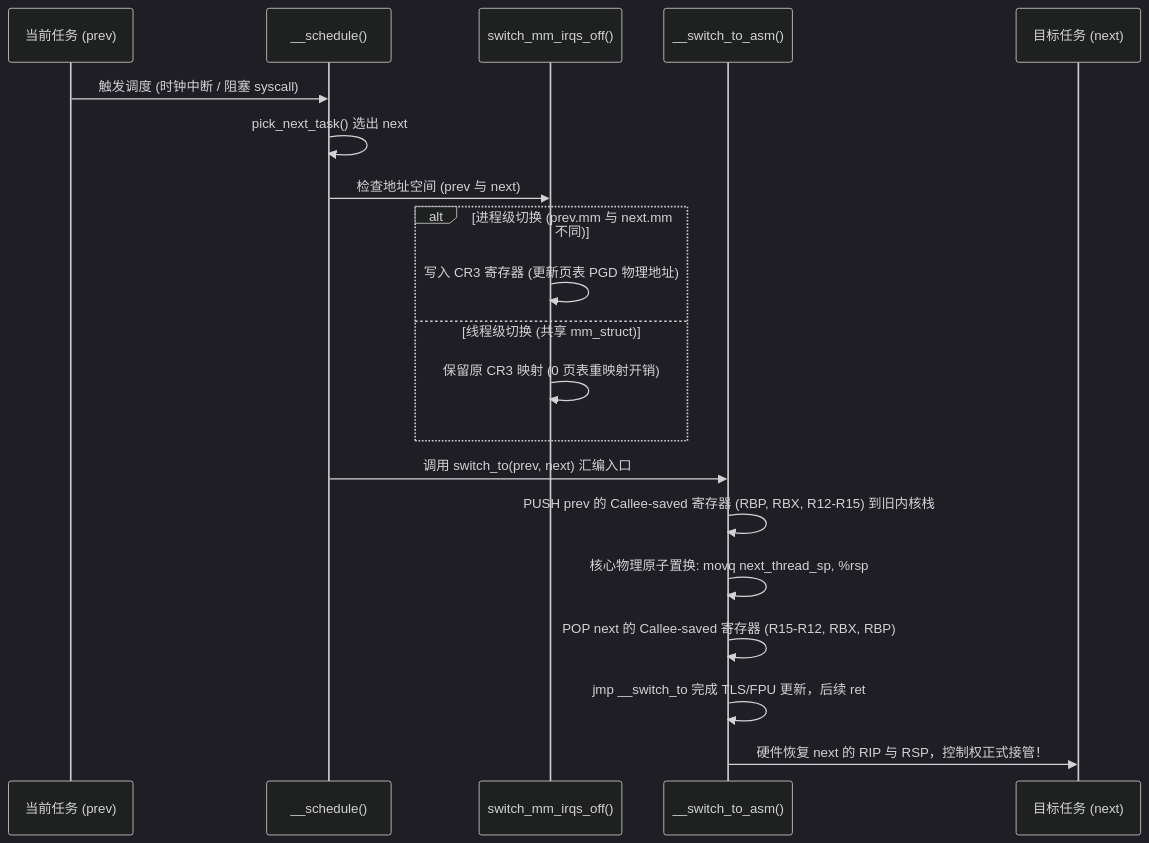
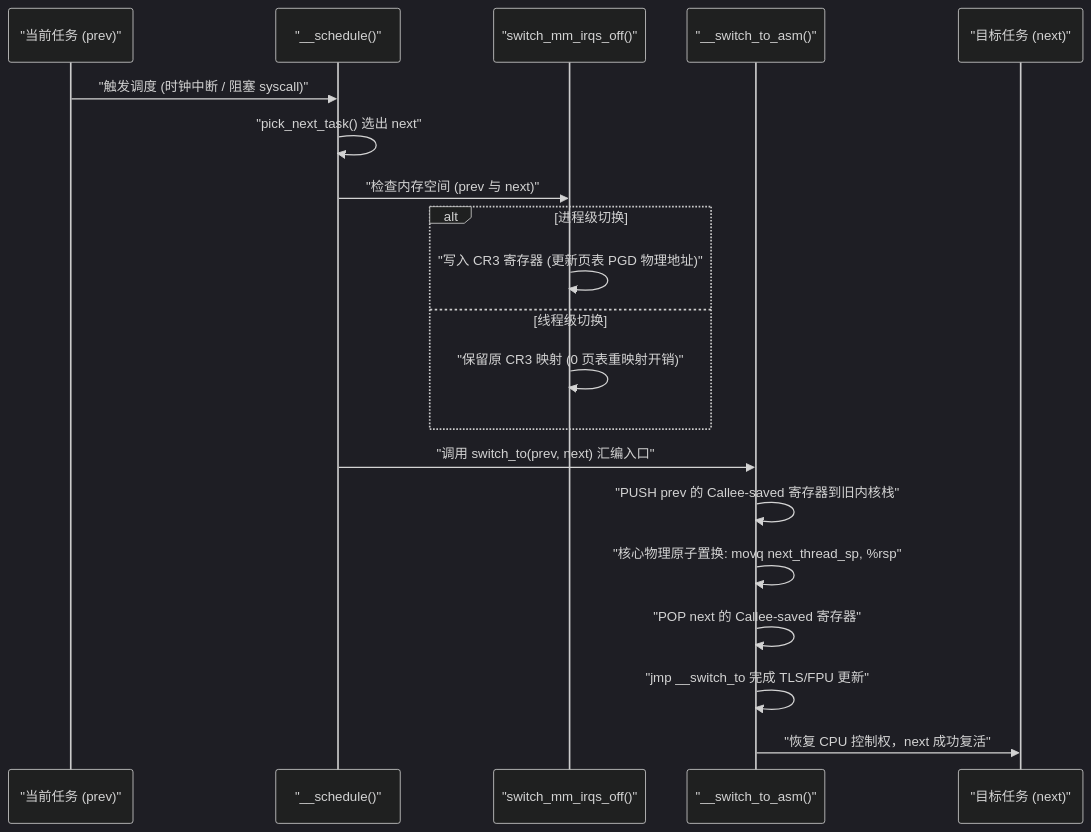
One commit to MoreConsequence/MoreConsequence.github.io changed the third of 8 diagrams in content/posts/understanding-context-switching-from-cpu-to-goroutines.md. Above: the diagram before and after it, drawn with Mermaid (dark theme).

Commit message:
fix(blog): 给 sequenceDiagram 消息文本添加双引号保护，消除末尾感叹号引发的 Mermaid 语法解析报错

````diff
--- a/content/posts/understanding-context-switching-from-cpu-to-goroutines.md
+++ b/content/posts/understanding-context-switching-from-cpu-to-goroutines.md
@@ -109,23 +109,23 @@
 ```mermaid
 sequenceDiagram
-    participant Prev as 当前任务 (prev)
-    participant Sched as __schedule()
-    participant MM as switch_mm_irqs_off()
-    participant ASM as __switch_to_asm()
-    participant Next as 目标任务 (next)
+    participant Prev as "当前任务 (prev)"
+    participant Sched as "__schedule()"
+    participant MM as "switch_mm_irqs_off()"
+    participant ASM as "__switch_to_asm()"
+    participant Next as "目标任务 (next)"
 
-    Prev->>Sched: 触发调度 (时钟中断 / 阻塞 syscall)
-    Sched->>Sched: pick_next_task() 选出 next
-    Sched->>MM: 检查地址空间 (prev 与 next)
-    alt 进程级切换 (prev.mm 与 next.mm 不同)
-        MM->>MM: 写入 CR3 寄存器 (更新页表 PGD 物理地址)
-    else 线程级切换 (共享 mm_struct)
-        MM->>MM: 保留原 CR3 映射 (0 页表重映射开销)
+    Prev->>Sched: "触发调度 (时钟中断 / 阻塞 syscall)"
+    Sched->>Sched: "pick_next_task() 选出 next"
+    Sched->>MM: "检查内存空间 (prev 与 next)"
+    alt 进程级切换
+        MM->>MM: "写入 CR3 寄存器 (更新页表 PGD 物理地址)"
+    else 线程级切换
+        MM->>MM: "保留原 CR3 映射 (0 页表重映射开销)"
     end
-    Sched->>ASM: 调用 switch_to(prev, next) 汇编入口
-    ASM->>ASM: PUSH prev 的 Callee-saved 寄存器 (RBP, RBX, R12-R15) 到旧内核栈
-    ASM->>ASM: 核心物理原子置换: movq next_thread_sp, %rsp
-    ASM->>ASM: POP next 的 Callee-saved 寄存器 (R15-R12, RBX, RBP)
-    ASM->>ASM: jmp __switch_to 完成 TLS/FPU 更新，后续 ret
-    ASM->>Next: 硬件恢复 next 的 RIP 与 RSP，控制权正式接管！
+    Sched->>ASM: "调用 switch_to(prev, next) 汇编入口"
+    ASM->>ASM: "PUSH prev 的 Callee-saved 寄存器到旧内核栈"
+    ASM->>ASM: "核心物理原子置换: movq next_thread_sp, %rsp"
+    ASM->>ASM: "POP next 的 Callee-saved 寄存器"
+    ASM->>ASM: "jmp __switch_to 完成 TLS/FPU 更新"
+    ASM->>Next: "恢复 CPU 控制权，next 成功复活"
 ```
````
